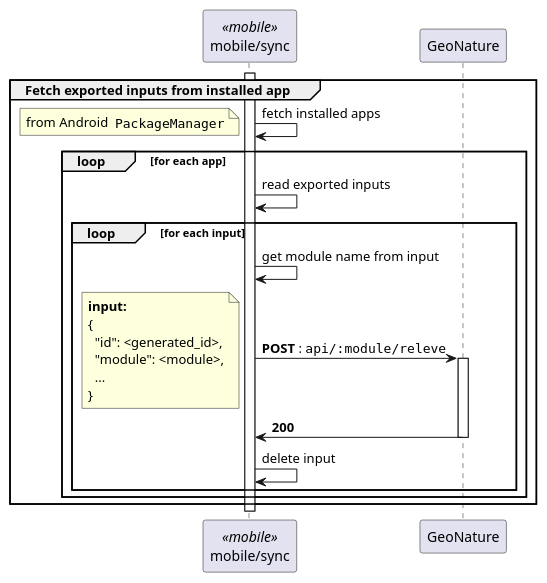
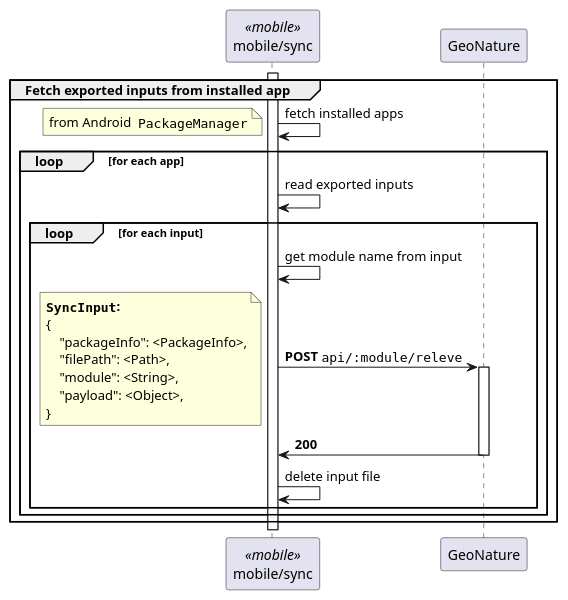
One commit to PnX-SI/gn_mobile_core changed the fourth of 4 diagrams in docs/sync.adoc. Above: the diagram before and after it, drawn with PlantUML. The commit also changed other lines of this file and 1 other file, not shown here.

```diff
--- a/docs/sync.adoc
+++ b/docs/sync.adoc
@@ -86,36 +209,34 @@
-[plantuml, images/sync_input, svg]
+[plantuml,images/uml/sync_input,svg]
 ....
 participant "mobile/sync" as sync << mobile >>
 participant "GeoNature" as gn
 
 activate sync
 
 group Fetch exported inputs from installed app
 
-  sync -> sync: fetch installed apps
-  note left : from Android  ""PackageManager""
+    sync -> sync: fetch installed apps
+    note left : from Android  ""PackageManager""
 
-  loop for each app
-    sync -> sync : read exported inputs
+    loop for each app
+        sync -> sync : read exported inputs
 
-    loop for each input
-      sync -> sync : get module name from input
-      sync -> gn ++ : **POST** : ""api/:module/releve""
-      note left
-        **input:**
-        {
-          "id": <generated_id>,
-          "module": <module>,
-          ...
-        }
-      end note
-      gn -> sync -- : **200**
-      sync -> sync : delete input
+        loop for each input
+            sync -> sync : get module name from input
+            sync -> gn ++ : **POST** ""api/:module/releve""
+            note left
+                **""SyncInput"":**
+                {
+                    "packageInfo": <PackageInfo>,
+                    "filePath": <Path>,
+                    "module": <String>,
+                    "payload": <Object>,
+                }
+            end note
+            gn -> sync -- : **200**
+            sync -> sync : delete input file
+        end
     end
-
-  end
-
 end
 
-deactivate sync
 ....
```
